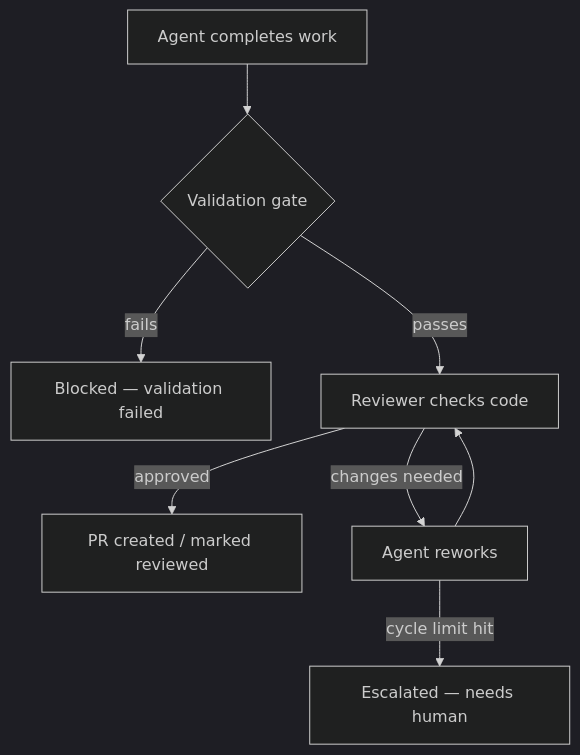
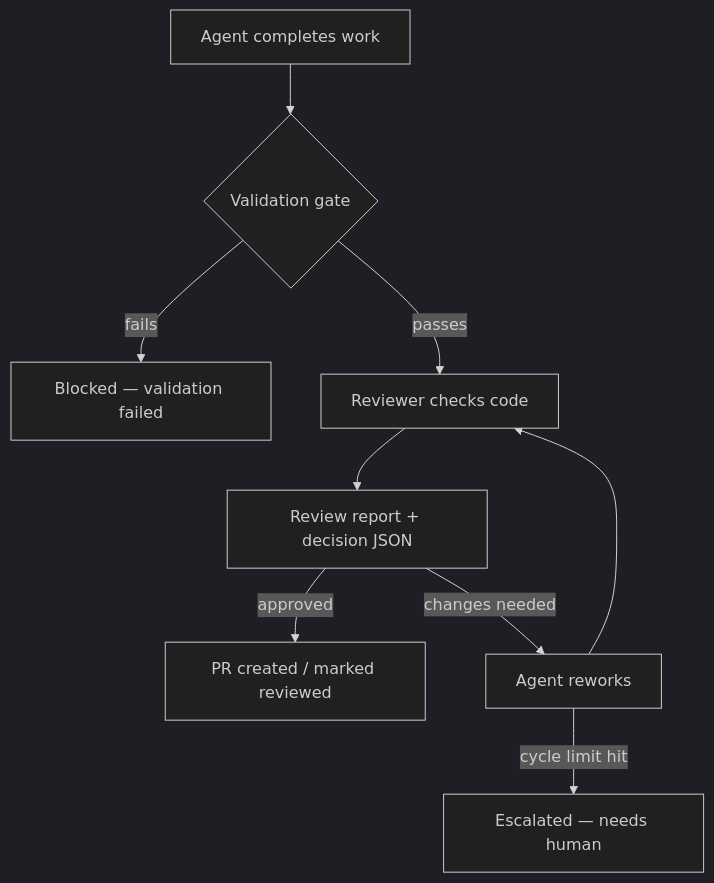
Before and after one commit to issue-orchestrator/issue-orchestrator: the first of 5 diagrams in docs/development/REVIEW_WORKFLOW.md, drawn with Mermaid (dark theme). The commit also changed other lines of this file and 71 other files, not shown here.

Commit message:
Surface paired review artifacts before PR creation

````diff
--- a/docs/development/REVIEW_WORKFLOW.md
+++ b/docs/development/REVIEW_WORKFLOW.md
@@ -9,10 +9,11 @@
 ```mermaid
 flowchart TD
   DONE["Agent completes work"] --> VAL{"Validation gate"}
   VAL -->|fails| BLOCKED["Blocked — validation failed"]
   VAL -->|passes| REVIEW["Reviewer checks code"]
-  REVIEW -->|approved| PR["PR created / marked reviewed"]
-  REVIEW -->|changes needed| REWORK["Agent reworks"]
+  REVIEW --> ARTIFACTS["Review report + decision JSON"]
+  ARTIFACTS -->|approved| PR["PR created / marked reviewed"]
+  ARTIFACTS -->|changes needed| REWORK["Agent reworks"]
   REWORK --> REVIEW
   REWORK -->|cycle limit hit| ESCALATE["Escalated — needs human"]
 ```
````
